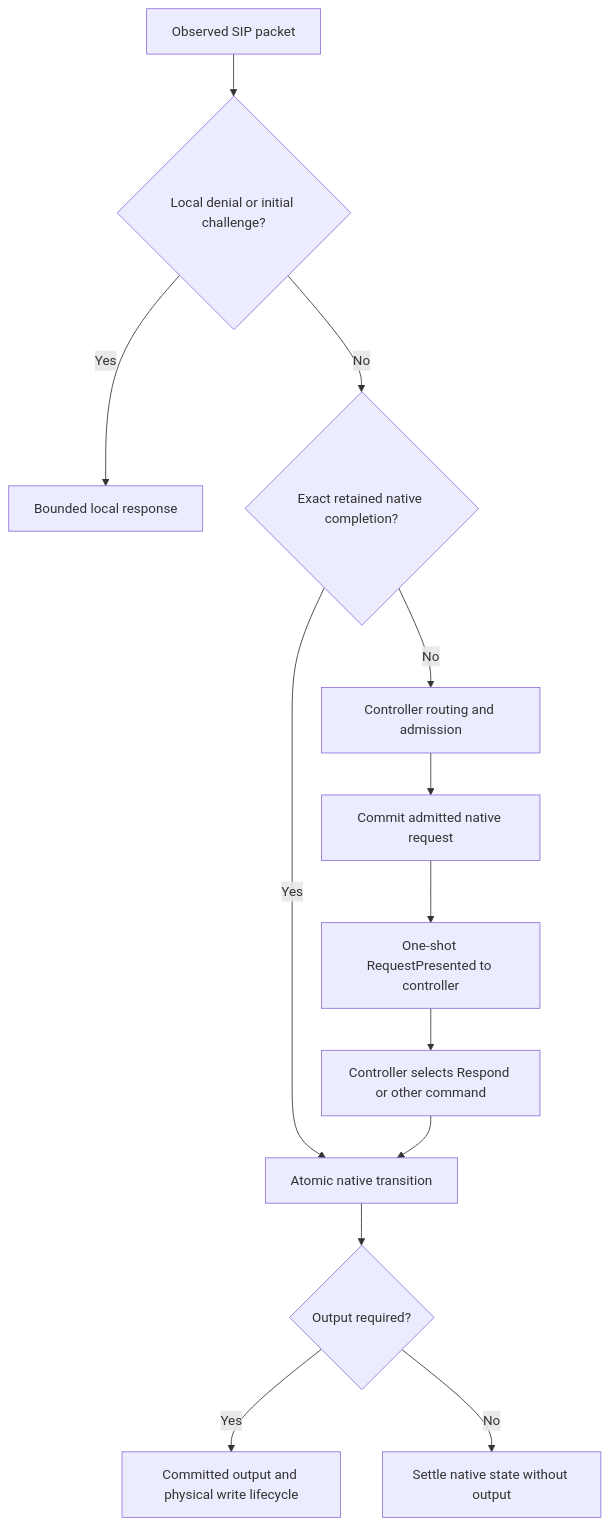
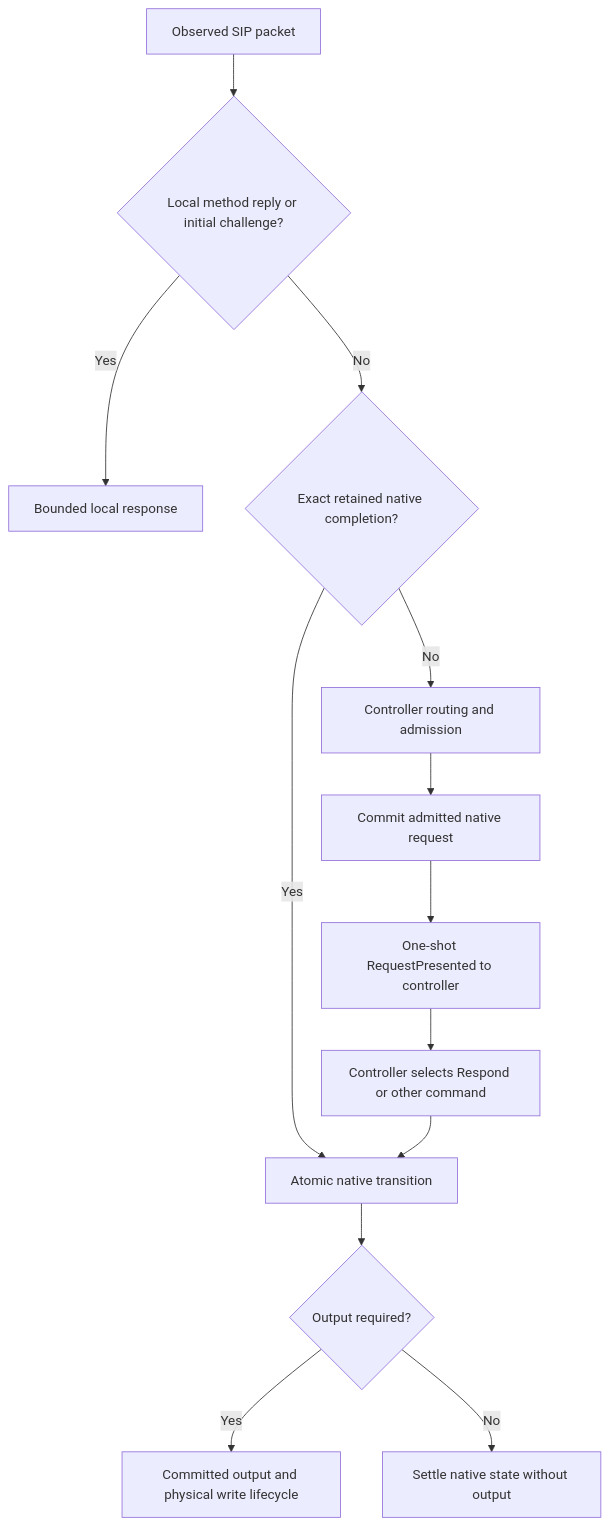
Before and after one commit to zyno-io/sipbridge: the first of 2 diagrams in ARCHITECTURE.md, drawn with Mermaid. The commit also changed other lines of this file and 20 other files, not shown here.

````diff
--- a/ARCHITECTURE.md
+++ b/ARCHITECTURE.md
@@ -94,15 +94,15 @@
 ```mermaid
 flowchart TD
-    A[Observed SIP packet] --> B{Local denial or initial challenge?}
+    A[Observed SIP packet] --> B{Local method reply or initial challenge?}
     B -- Yes --> C[Bounded local response]
     B -- No --> D{Exact retained native completion?}
     D -- Yes --> E[Atomic native transition]
     D -- No --> F[Controller routing and admission]
     F --> G[Commit admitted native request]
     G --> H[One-shot RequestPresented to controller]
     H --> I[Controller selects Respond or other command]
     I --> E
     E --> J{Output required?}
     J -- Yes --> K[Committed output and physical write lifecycle]
     J -- No --> L[Settle native state without output]
 ```
````
